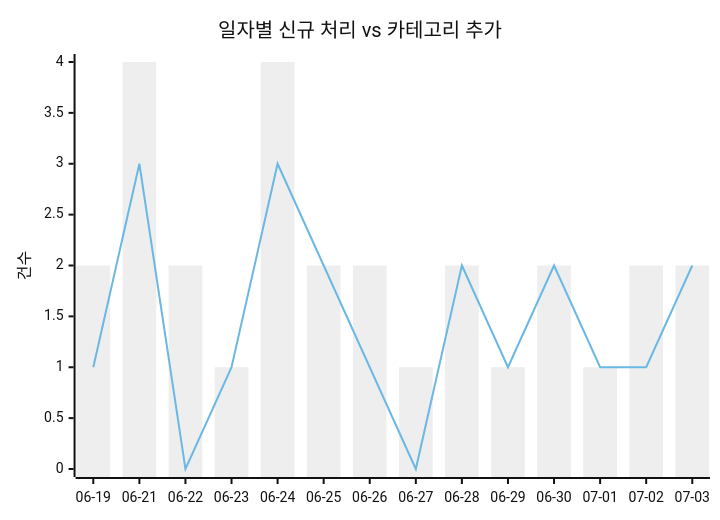
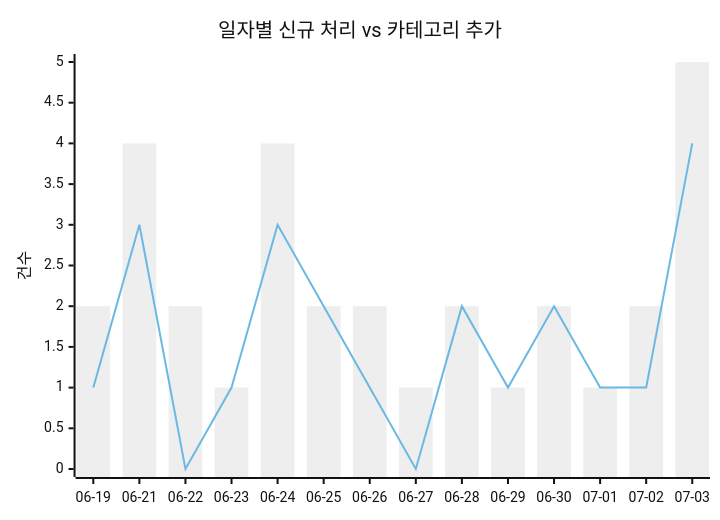
Before and after one commit to J-nowcow/awesome-korean-agent-skills: the first of 2 diagrams in docs/trends.md, drawn with Mermaid (neutral theme). The commit also changed other lines of this file and 5 other files, not shown here.

````diff
--- a/docs/trends.md
+++ b/docs/trends.md
@@ -32,8 +32,8 @@
 ```mermaid
 xychart-beta
     title "일자별 신규 처리 vs 카테고리 추가"
     x-axis ["06-19","06-21","06-22","06-23","06-24","06-25","06-26","06-27","06-28","06-29","06-30","07-01","07-02","07-03"]
     y-axis "건수"
-    bar [2,4,2,1,4,2,2,1,2,1,2,1,2,2]
-    line [1,3,0,1,3,2,1,0,2,1,2,1,1,2]
+    bar [2,4,2,1,4,2,2,1,2,1,2,1,2,5]
+    line [1,3,0,1,3,2,1,0,2,1,2,1,1,4]
 ```
````
